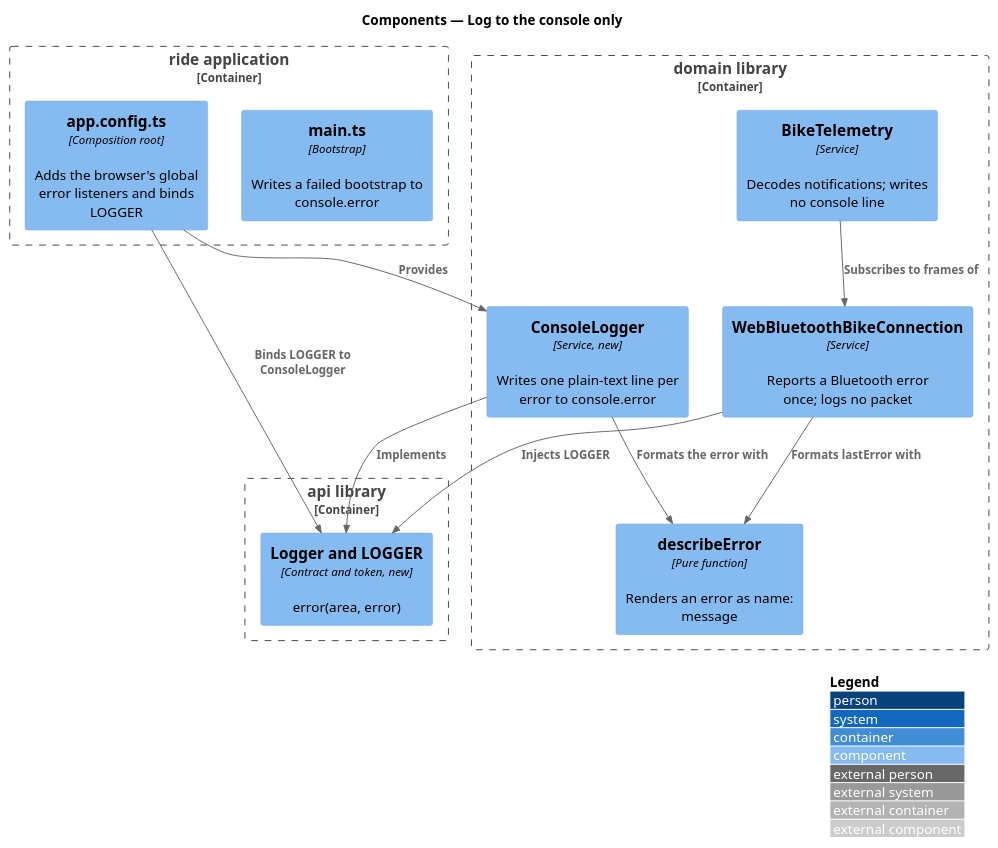
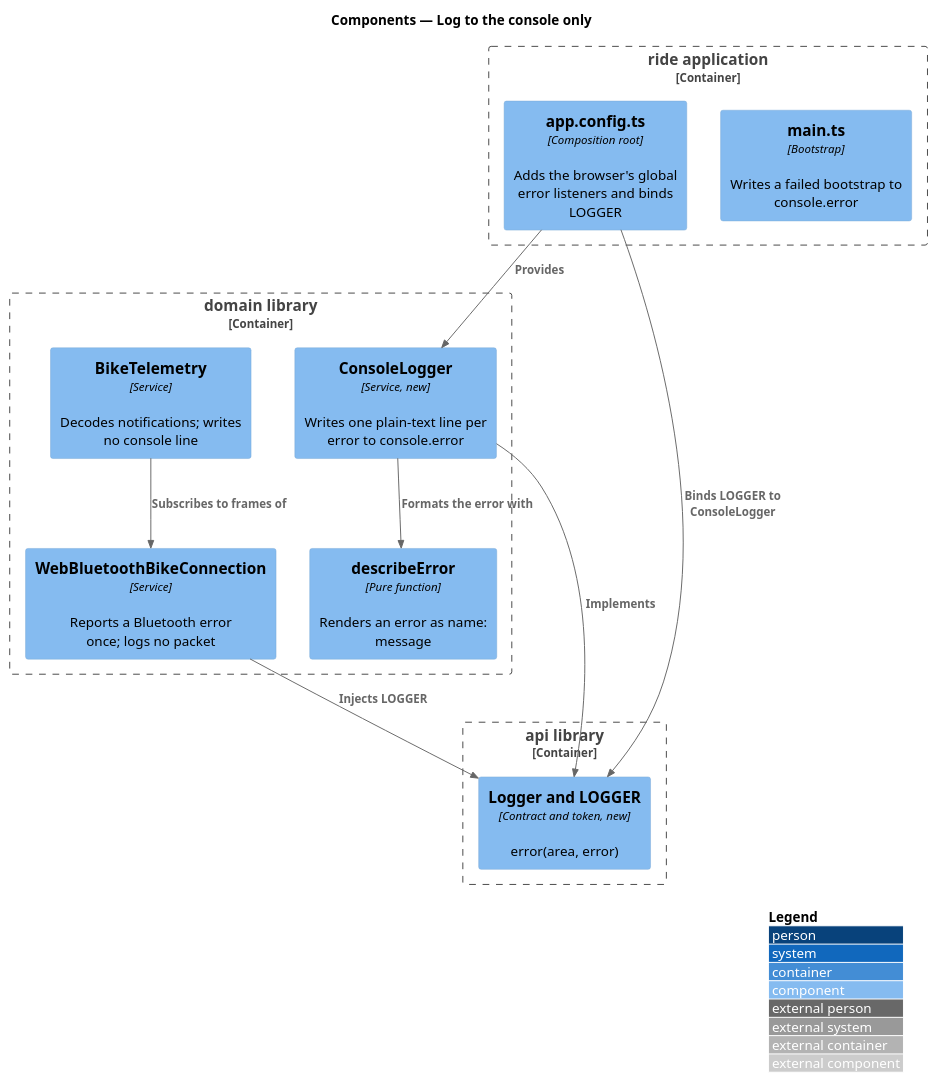
The diagram in docs/detailed-designs/security/log-to-the-console-only/diagrams/c4-component.puml (QuinntyneBrown/ride-one), drawn with PlantUML before and after one commit. The commit also changed 33 other files, not shown here.

```diff
--- a/docs/detailed-designs/security/log-to-the-console-only/diagrams/c4-component.puml
+++ b/docs/detailed-designs/security/log-to-the-console-only/diagrams/c4-component.puml
@@ -1,26 +1,25 @@
 @startuml
 !include <C4/C4_Component>
 LAYOUT_WITH_LEGEND()
 title Components — Log to the console only
 
 Container_Boundary(ride, "ride application") {
   Component(main, "main.ts", "Bootstrap", "Writes a failed bootstrap to console.error")
   Component(config, "app.config.ts", "Composition root", "Adds the browser's global error listeners and binds LOGGER")
 }
 Container_Boundary(domainlib, "domain library") {
   Component(logger, "ConsoleLogger", "Service, new", "Writes one plain-text line per error to console.error")
   Component(describe, "describeError", "Pure function", "Renders an error as name: message")
   Component(conn, "WebBluetoothBikeConnection", "Service", "Reports a Bluetooth error once; logs no packet")
   Component(telemetry, "BikeTelemetry", "Service", "Decodes notifications; writes no console line")
 }
 Container_Boundary(apilib, "api library") {
   Component(contract, "Logger and LOGGER", "Contract and token, new", "error(area, error)")
 }
 Rel(config, contract, "Binds LOGGER to ConsoleLogger")
 Rel(config, logger, "Provides")
 Rel(conn, contract, "Injects LOGGER")
 Rel(logger, contract, "Implements")
 Rel(logger, describe, "Formats the error with")
-Rel(conn, describe, "Formats lastError with")
 Rel(telemetry, conn, "Subscribes to frames of")
 @enduml
```
